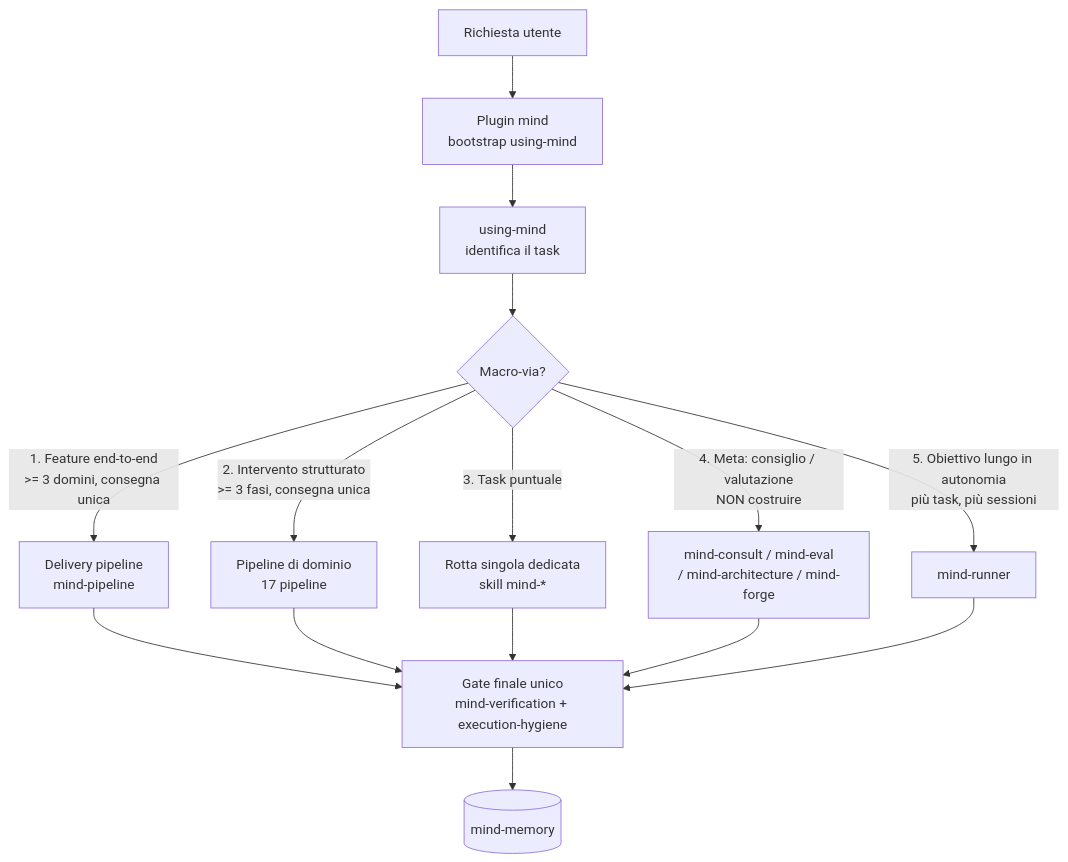
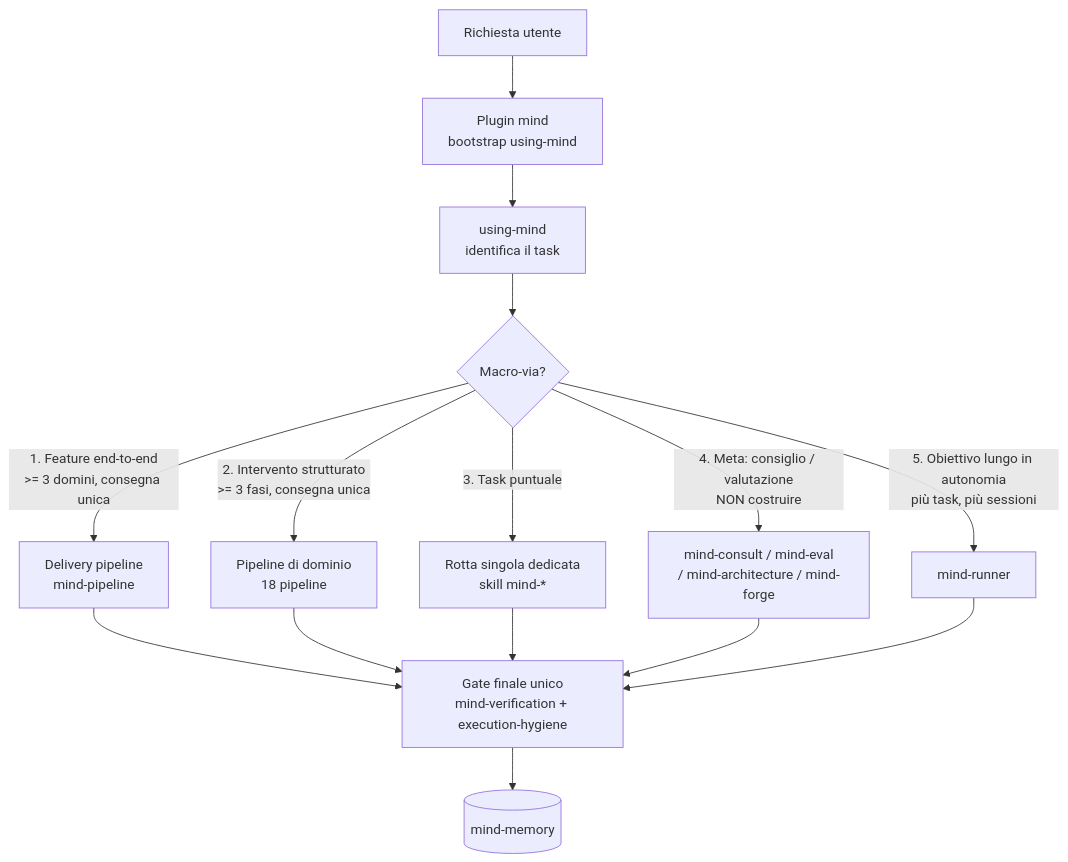
Before and after one commit to Kyriga-CGX/mind-system: the third of 9 diagrams in docs/system-diagram.md, drawn with Mermaid. The commit also changed other lines of this file and 9 other files, not shown here.

````diff
--- a/docs/system-diagram.md
+++ b/docs/system-diagram.md
@@ -78,17 +78,17 @@
 ```mermaid
 flowchart TD
     IN[Richiesta utente] --> P[Plugin mind<br/>bootstrap using-mind]
     P --> O[using-mind<br/>identifica il task]
     O --> D{Macro-via?}
     D -->|1. Feature end-to-end<br/>>= 3 domini, consegna unica| M1[Delivery pipeline<br/>mind-pipeline]
-    D -->|2. Intervento strutturato<br/>>= 3 fasi, consegna unica| M2[Pipeline di dominio<br/>17 pipeline]
+    D -->|2. Intervento strutturato<br/>>= 3 fasi, consegna unica| M2[Pipeline di dominio<br/>18 pipeline]
     D -->|3. Task puntuale| M3[Rotta singola dedicata<br/>skill mind-*]
     D -->|4. Meta: consiglio / valutazione<br/>NON costruire| M4[mind-consult / mind-eval<br/>/ mind-architecture / mind-forge]
     D -->|5. Obiettivo lungo in autonomia<br/>più task, più sessioni| M5[mind-runner]
     M1 --> G[Gate finale unico<br/>mind-verification + execution-hygiene]
     M2 --> G
     M3 --> G
     M4 --> G
     M5 --> G
     G --> MEM[(mind-memory)]
 ```
````
